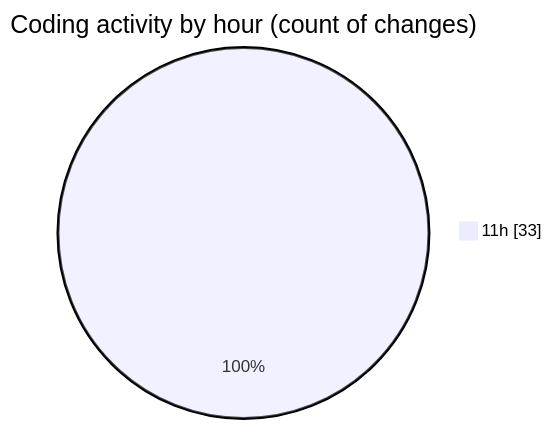
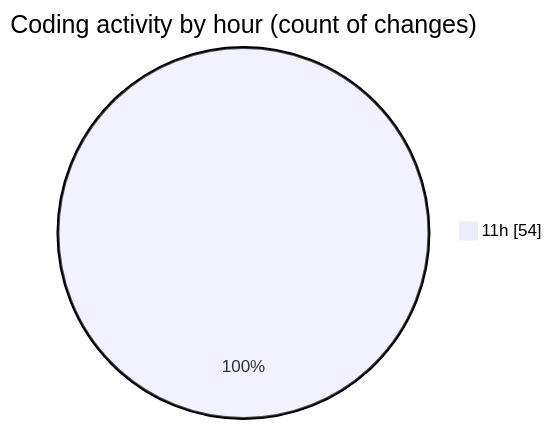
The second of 2 diagrams in 2026-03-16/nxtqube_webapp/README.md (nxtqubesakshisongat/code-tracking), drawn with Mermaid before and after one commit. The commit also changed other lines of this file and 1 other file, not shown here.

````diff
--- a/2026-03-16/nxtqube_webapp/README.md
+++ b/2026-03-16/nxtqube_webapp/README.md
@@ -39,5 +41,5 @@
 ```mermaid
 pie showData
 title Coding activity by hour (count of changes)
-"11h" : 33
+"11h" : 54
 ```
````
